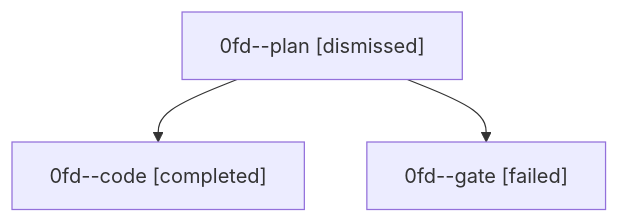
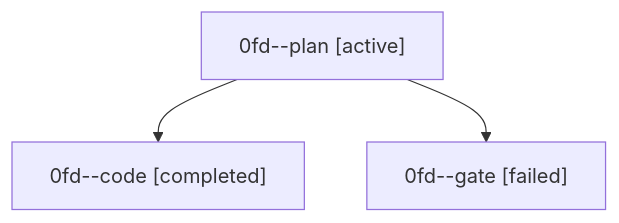
The diagram in families/bbugyi200.athena.0fd.md (sase-org/sase--agents), drawn with Mermaid before and after one commit. The commit also changed other lines of this file and 35830 other files, not shown here.

````diff
--- a/families/bbugyi200.athena.0fd.md
+++ b/families/bbugyi200.athena.0fd.md
@@ -9,8 +9,8 @@
 ```mermaid
 flowchart TD
-  n0["0fd--plan [dismissed]"]
+  n0["0fd--plan [active]"]
   n1["0fd--code [completed]"]
   n0 --> n1
   n2["0fd--gate [failed]"]
   n0 --> n2
 ```
````
